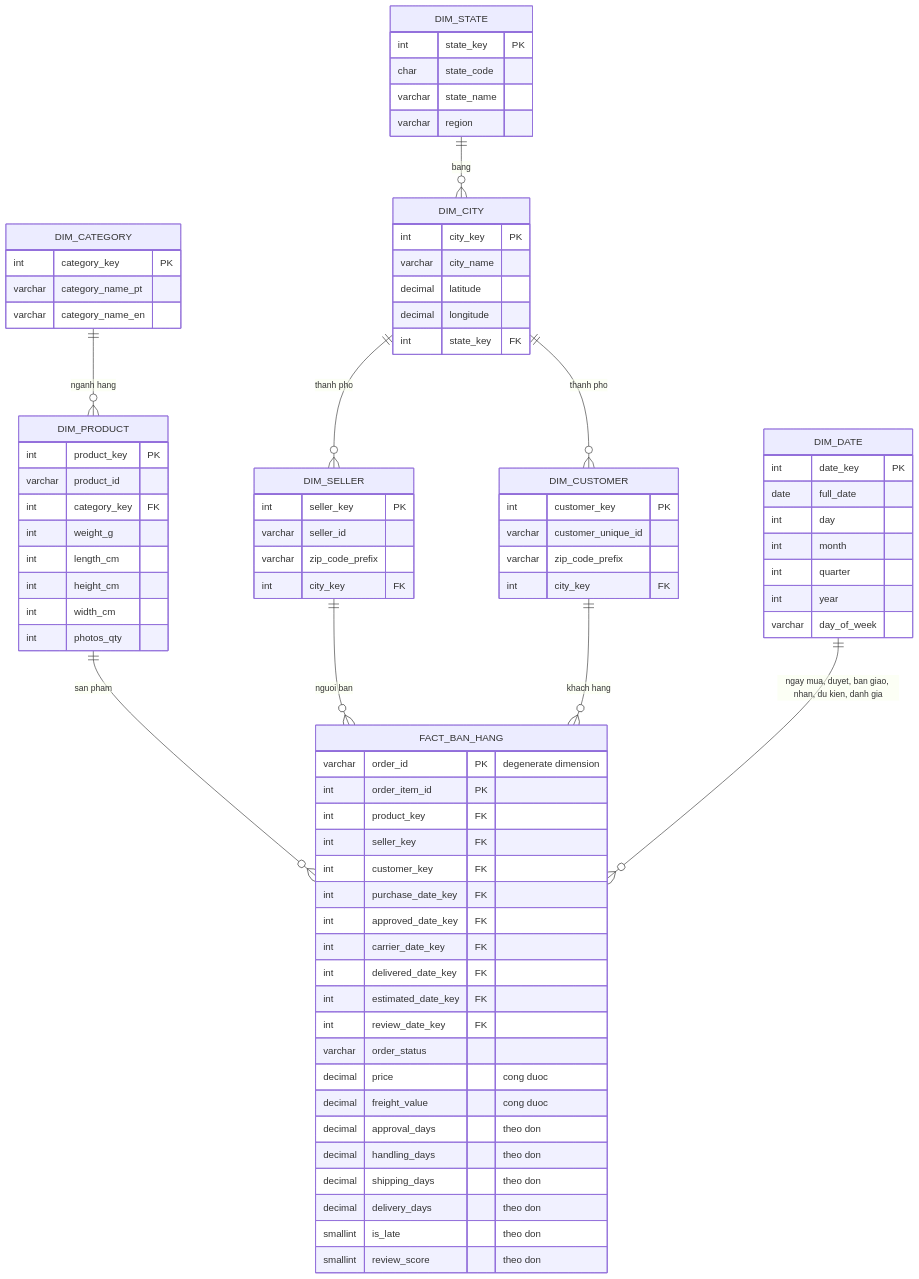
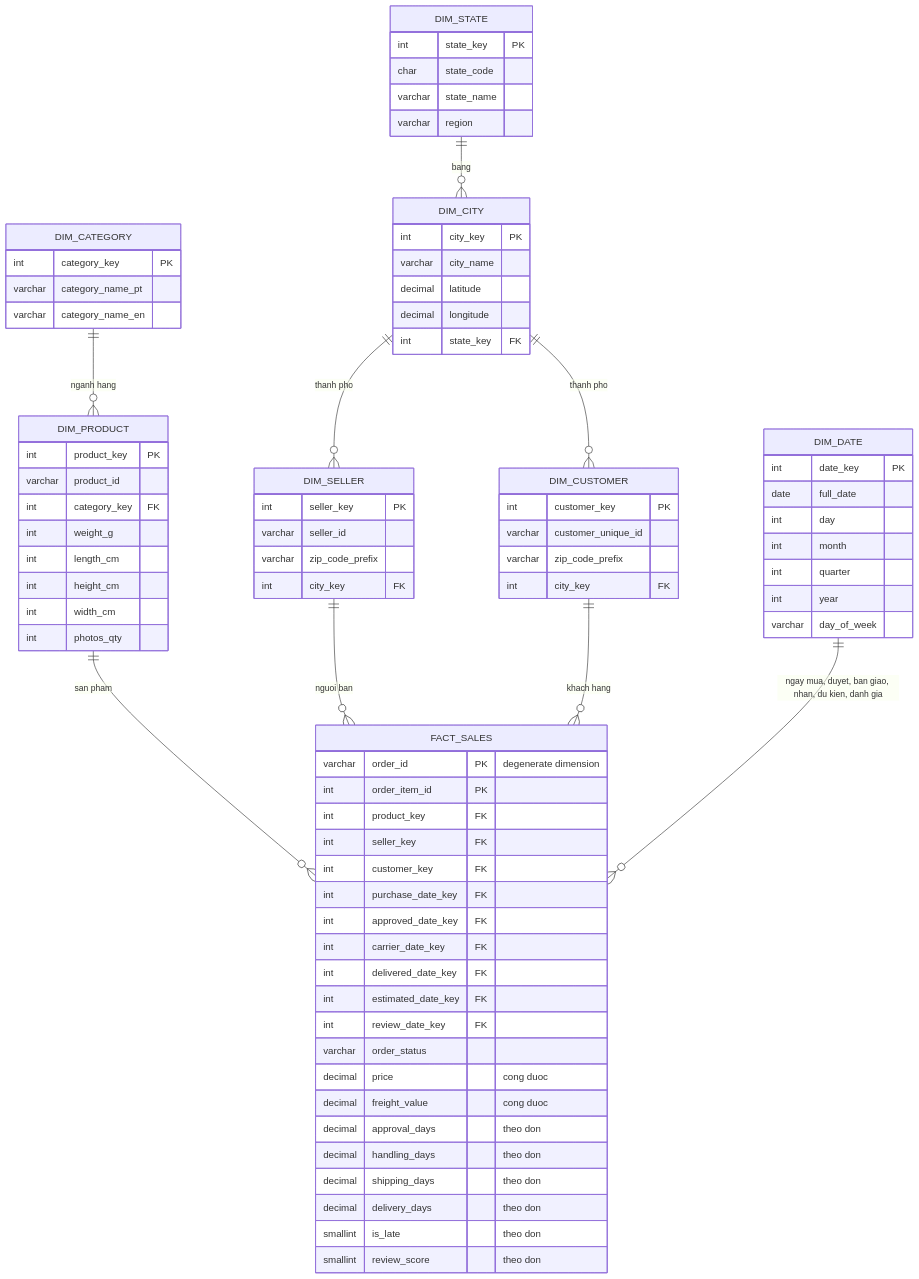
Before and after one commit to onhangocnhu/data-warehouse-assignment: the diagram in drawio-files/schema-snowflake.mmd, drawn with Mermaid. The commit also changed 7 other files, not shown here.

```diff
--- a/drawio-files/schema-snowflake.mmd
+++ b/drawio-files/schema-snowflake.mmd
@@ -1,81 +1,81 @@
 erDiagram
-    FACT_BAN_HANG {
+    FACT_SALES {
         varchar order_id PK "degenerate dimension"
         int order_item_id PK
         int product_key FK
         int seller_key FK
         int customer_key FK
         int purchase_date_key FK
         int approved_date_key FK
         int carrier_date_key FK
         int delivered_date_key FK
         int estimated_date_key FK
         int review_date_key FK
         varchar order_status
         decimal price "cong duoc"
         decimal freight_value "cong duoc"
         decimal approval_days "theo don"
         decimal handling_days "theo don"
         decimal shipping_days "theo don"
         decimal delivery_days "theo don"
         smallint is_late "theo don"
         smallint review_score "theo don"
     }
     DIM_DATE {
         int date_key PK
         date full_date
         int day
         int month
         int quarter
         int year
         varchar day_of_week
     }
     DIM_PRODUCT {
         int product_key PK
         varchar product_id
         int category_key FK
         int weight_g
         int length_cm
         int height_cm
         int width_cm
         int photos_qty
     }
     DIM_CATEGORY {
         int category_key PK
         varchar category_name_pt
         varchar category_name_en
     }
     DIM_CUSTOMER {
         int customer_key PK
         varchar customer_unique_id
         varchar zip_code_prefix
         int city_key FK
     }
     DIM_SELLER {
         int seller_key PK
         varchar seller_id
         varchar zip_code_prefix
         int city_key FK
     }
     DIM_CITY {
         int city_key PK
         varchar city_name
         decimal latitude
         decimal longitude
         int state_key FK
     }
     DIM_STATE {
         int state_key PK
         char state_code
         varchar state_name
         varchar region
     }
 
-    DIM_PRODUCT ||--o{ FACT_BAN_HANG : "san pham"
-    DIM_SELLER ||--o{ FACT_BAN_HANG : "nguoi ban"
-    DIM_CUSTOMER ||--o{ FACT_BAN_HANG : "khach hang"
-    DIM_DATE ||--o{ FACT_BAN_HANG : "ngay mua, duyet, ban giao, nhan, du kien, danh gia"
+    DIM_PRODUCT ||--o{ FACT_SALES : "san pham"
+    DIM_SELLER ||--o{ FACT_SALES : "nguoi ban"
+    DIM_CUSTOMER ||--o{ FACT_SALES : "khach hang"
+    DIM_DATE ||--o{ FACT_SALES : "ngay mua, duyet, ban giao, nhan, du kien, danh gia"
     DIM_CATEGORY ||--o{ DIM_PRODUCT : "nganh hang"
     DIM_CITY ||--o{ DIM_CUSTOMER : "thanh pho"
     DIM_CITY ||--o{ DIM_SELLER : "thanh pho"
     DIM_STATE ||--o{ DIM_CITY : "bang"
```
